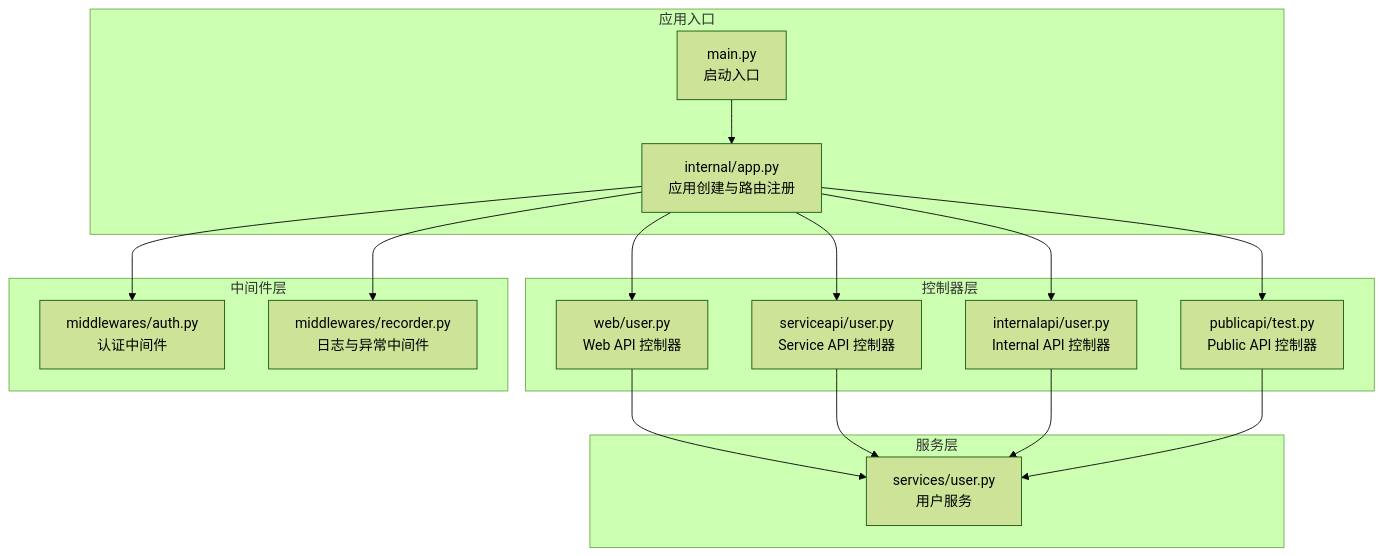
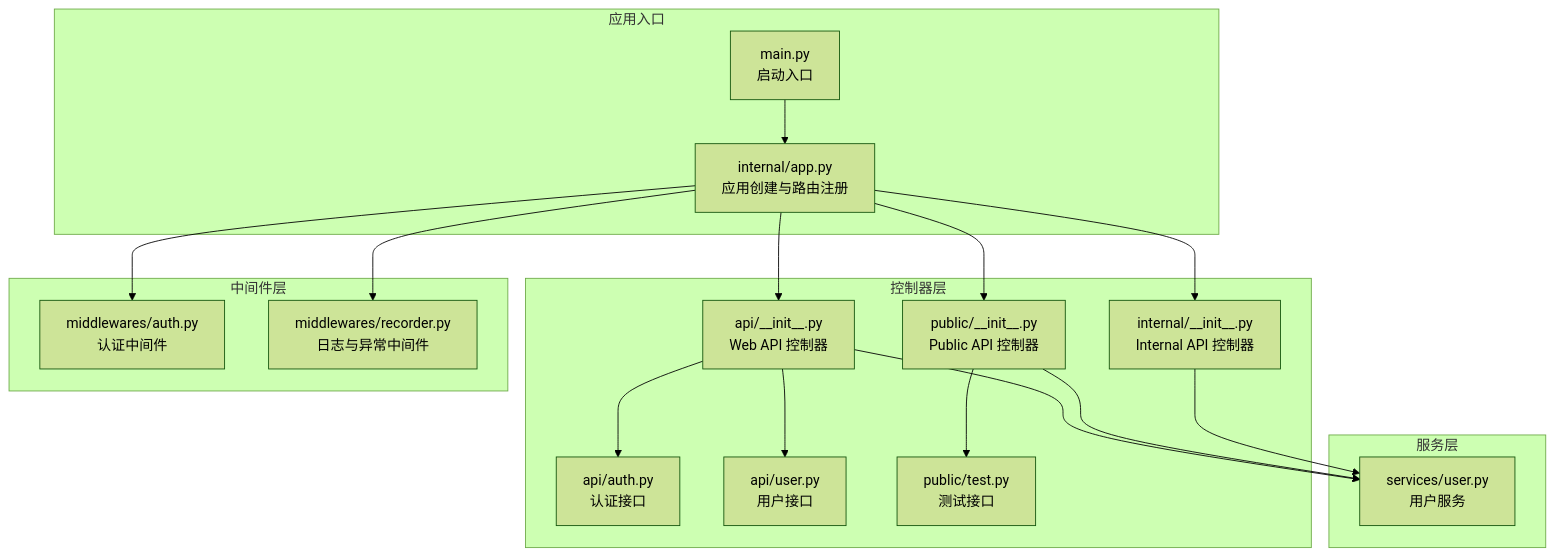
One commit to lilinzezzzzzz/fastapi-backend changed the first of 3 diagrams in .qoder/repowiki/zh/content/API接口文档/API接口文档.md. Above: the diagram before and after it, drawn with Mermaid (forest theme). The commit also changed other lines of this file and 42 other files, not shown here.

````diff
--- a/.qoder/repowiki/zh/content/API接口文档/API接口文档.md
+++ b/.qoder/repowiki/zh/content/API接口文档/API接口文档.md
@@ -49,31 +57,34 @@
 ```mermaid
 graph TB
 subgraph "应用入口"
 MAIN["main.py<br/>启动入口"]
 APP["internal/app.py<br/>应用创建与路由注册"]
 end
 subgraph "控制器层"
-WEB["web/user.py<br/>Web API 控制器"]
-SERVICE["serviceapi/user.py<br/>Service API 控制器"]
-INTERNAL["internalapi/user.py<br/>Internal API 控制器"]
-PUBLIC["publicapi/test.py<br/>Public API 控制器"]
+API["api/__init__.py<br/>Web API 控制器"]
+AUTH["api/auth.py<br/>认证接口"]
+USER["api/user.py<br/>用户接口"]
+PUBLIC["public/__init__.py<br/>Public API 控制器"]
+TEST["public/test.py<br/>测试接口"]
+INTERNAL["internal/__init__.py<br/>Internal API 控制器"]
 end
 subgraph "中间件层"
-AUTH["middlewares/auth.py<br/>认证中间件"]
+AUTH_MW["middlewares/auth.py<br/>认证中间件"]
 RECORDER["middlewares/recorder.py<br/>日志与异常中间件"]
 end
 subgraph "服务层"
 SVC_USER["services/user.py<br/>用户服务"]
 end
 MAIN --> APP
-APP --> WEB
-APP --> SERVICE
+APP --> API
+APP --> PUBLIC
 APP --> INTERNAL
-APP --> PUBLIC
-WEB --> SVC_USER
-SERVICE --> SVC_USER
+API --> AUTH
+API --> USER
+PUBLIC --> TEST
+API --> SVC_USER
+PUBLIC --> SVC_USER
 INTERNAL --> SVC_USER
-PUBLIC --> SVC_USER
-APP --> AUTH
+APP --> AUTH_MW
 APP --> RECORDER
 ```
````
